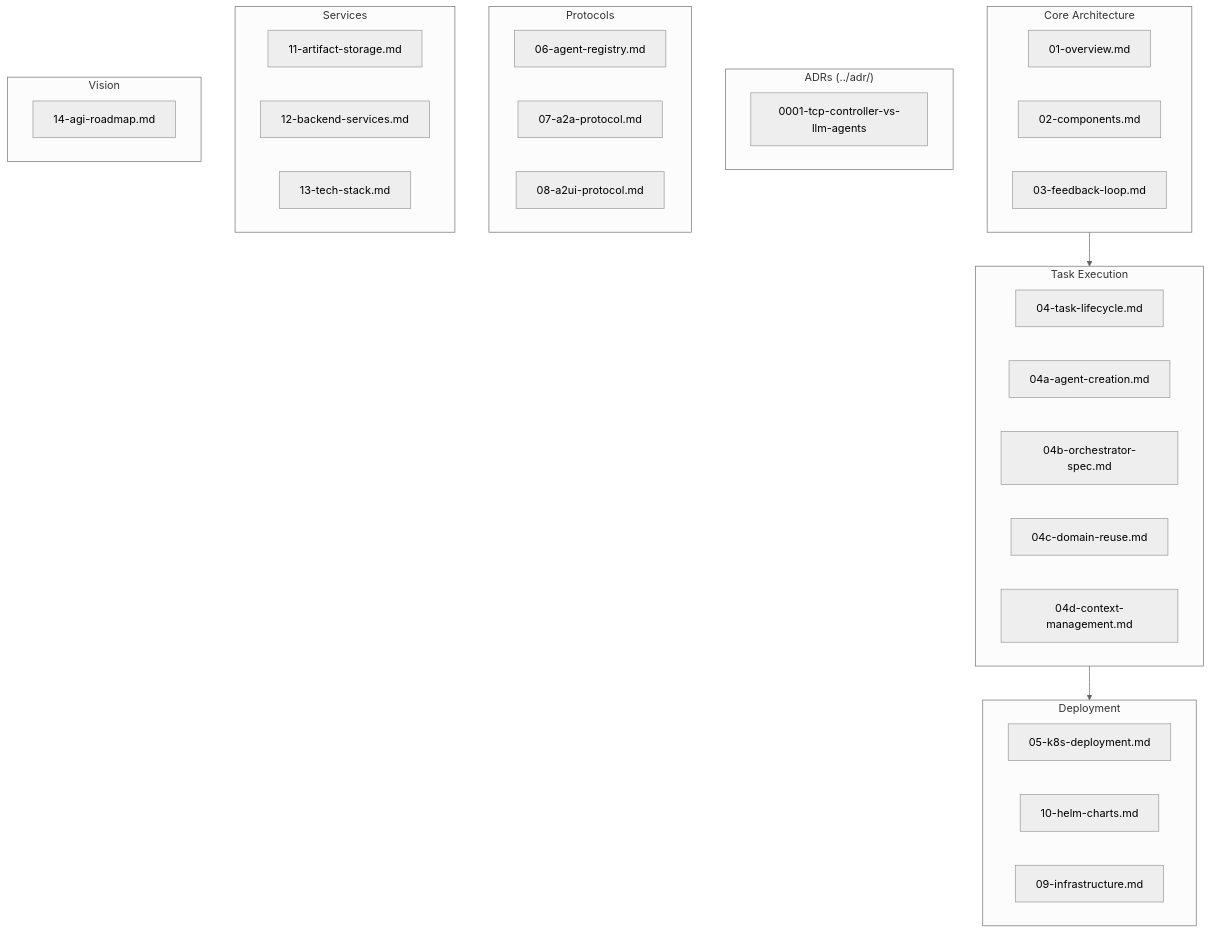
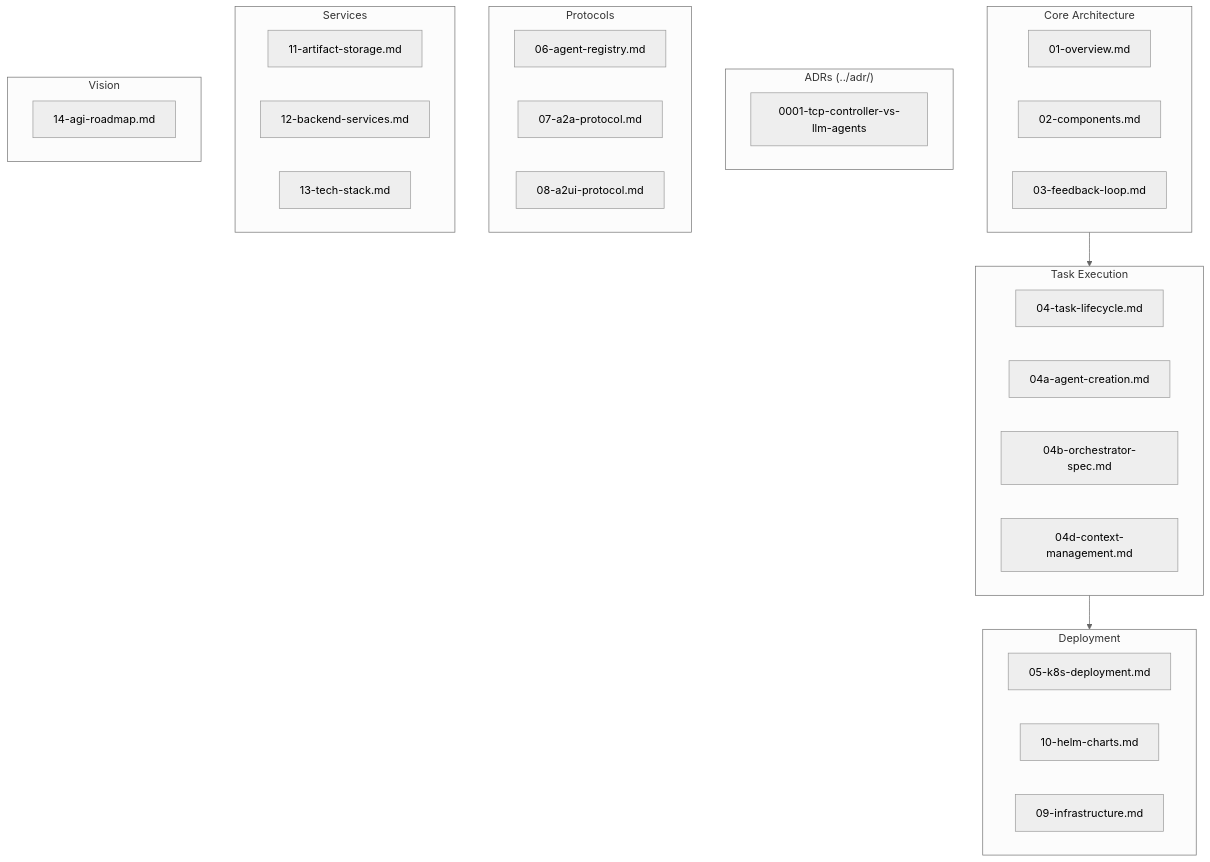
The diagram in docs/arch/README.md (dshcherbatiuk/forgemaster), drawn with Mermaid (neutral theme) before and after one commit. The commit also changed other lines of this file and 8 other files, not shown here.

First line of the commit message:
docs: Remove Domain CRD from architecture (YAGNI)

````diff
--- a/docs/arch/README.md
+++ b/docs/arch/README.md
@@ -9,45 +9,44 @@
 ```mermaid
 flowchart TB
     subgraph Core["Core Architecture"]
         OV[01-overview.md]
         COMP[02-components.md]
         FB[03-feedback-loop.md]
     end
 
     subgraph TaskExec["Task Execution"]
         TL[04-task-lifecycle.md]
         AC[04a-agent-creation.md]
         OS[04b-orchestrator-spec.md]
-        SR[04c-domain-reuse.md]
         CM[04d-context-management.md]
     end
 
     subgraph ADR["ADRs (../adr/)"]
         DD[0001-tcp-controller-vs-llm-agents]
     end
 
     subgraph Deployment["Deployment"]
         K8S[05-k8s-deployment.md]
         HELM[10-helm-charts.md]
         INFRA[09-infrastructure.md]
     end
 
     subgraph Protocols["Protocols"]
         REG[06-agent-registry.md]
         A2A[07-a2a-protocol.md]
         A2UI[08-a2ui-protocol.md]
     end
 
     subgraph Services["Services"]
         STORE[11-artifact-storage.md]
         RUST[12-backend-services.md]
         TECH[13-tech-stack.md]
     end
 
     subgraph Future["Vision"]
         AGI[14-agi-roadmap.md]
     end
 
     Core --> TaskExec
     TaskExec --> Deployment
 ```
````
